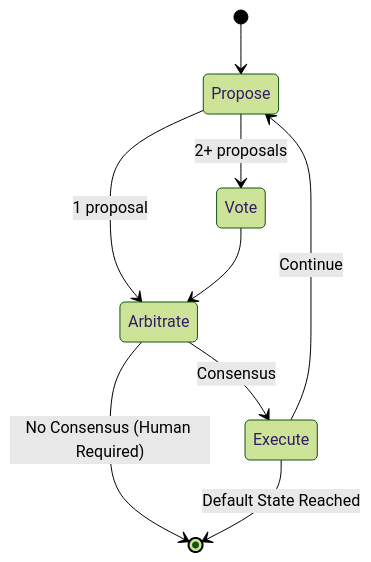
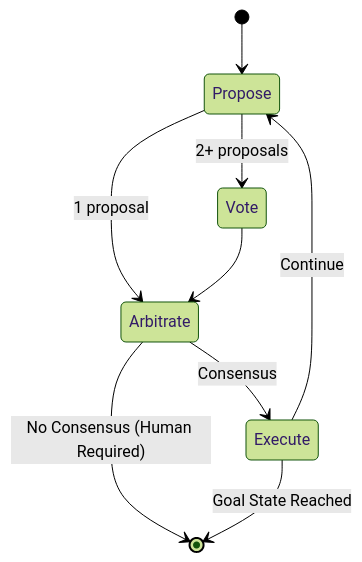
One commit to eloquentanalytics/dialai changed the diagram in website/docs/concepts/decision-cycle.md. Above: the diagram before and after it, drawn with Mermaid (forest theme). The commit also changed other lines of this file and 17 other files, not shown here.

````diff
--- a/website/docs/concepts/decision-cycle.md
+++ b/website/docs/concepts/decision-cycle.md
@@ -62,11 +62,11 @@
 ```mermaid
 stateDiagram-v2
     [*] --> Propose
     Propose --> Vote: 2+ proposals
     Propose --> Arbitrate: 1 proposal
     Vote --> Arbitrate
     Arbitrate --> Execute: Consensus
     Arbitrate --> [*]: No Consensus (Human Required)
-    Execute --> [*]: Default State Reached
+    Execute --> [*]: Goal State Reached
     Execute --> Propose: Continue
 ```
````
